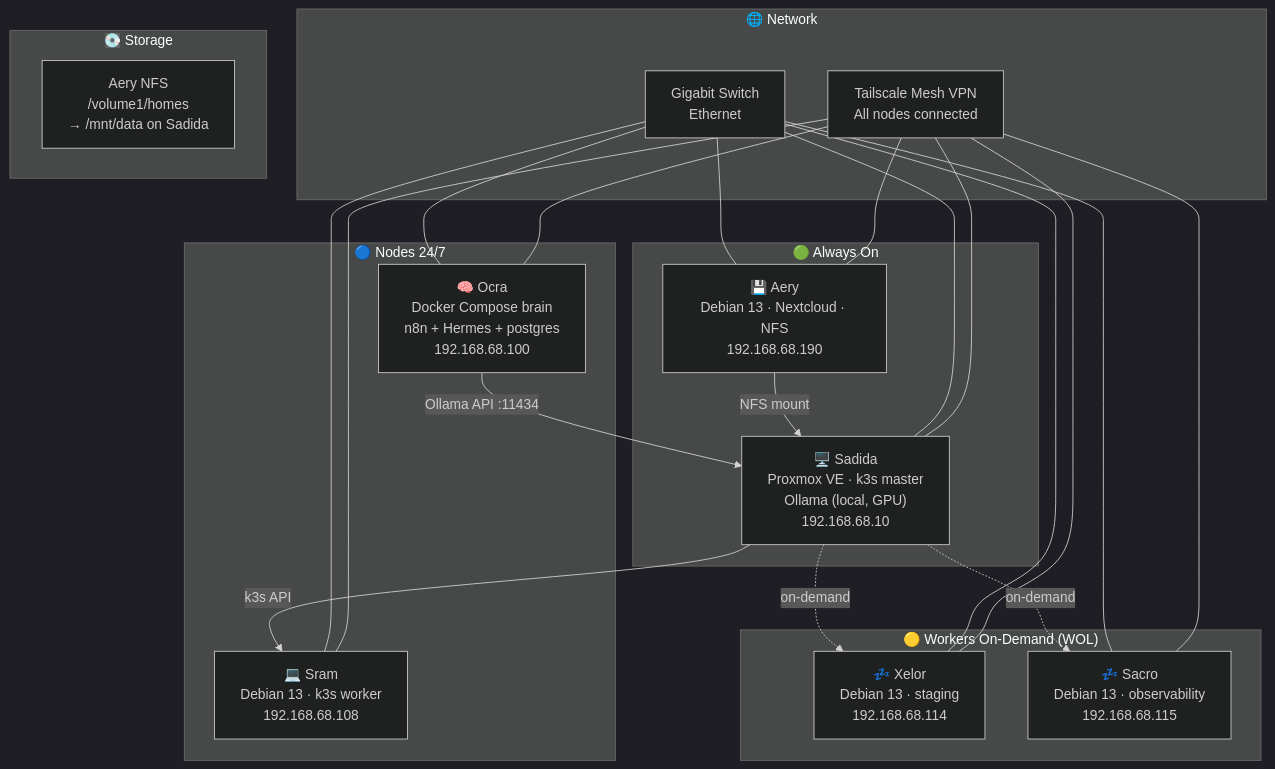
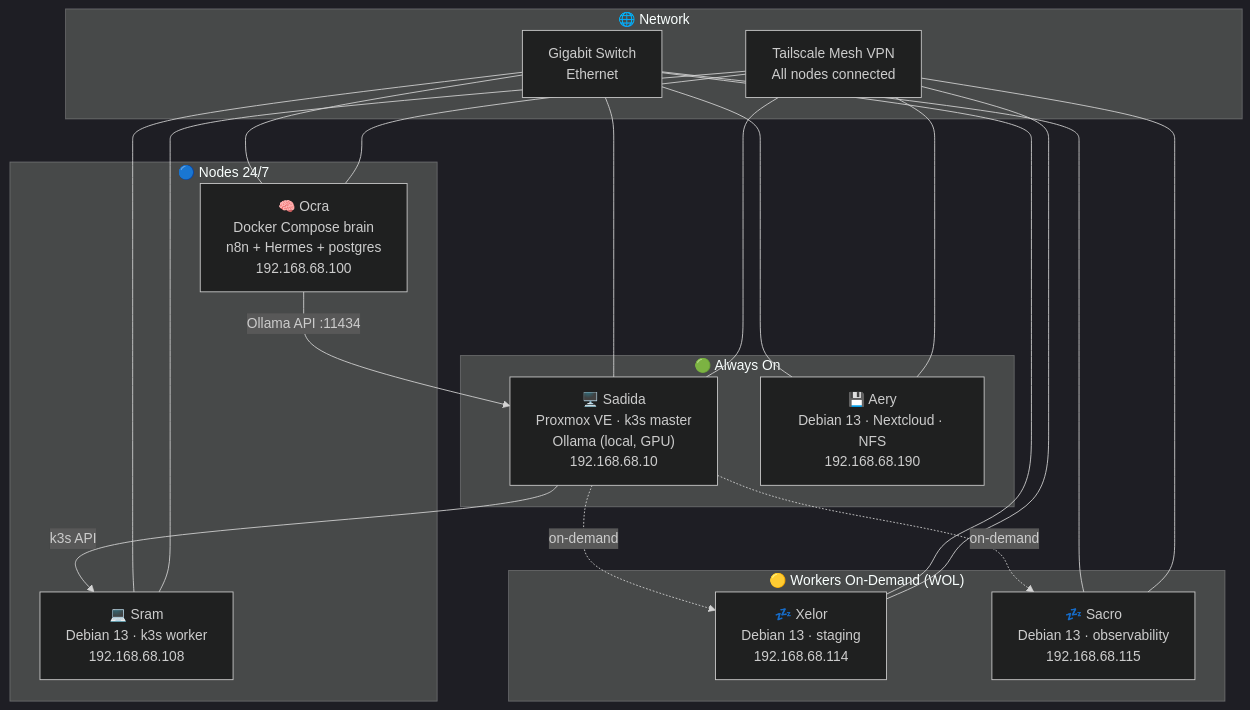
One commit to SethSterling22/HomeLab_Architecture changed the first of 4 diagrams in README.md. Above: the diagram before and after it, drawn with Mermaid (dark theme). The commit also changed other lines of this file and 3 other files, not shown here.

````diff
--- a/README.md
+++ b/README.md
@@ -129,46 +129,41 @@
 ```mermaid
 graph TB
     subgraph always_on["🟢 Always On"]
         SADIDA["🖥️ Sadida\nProxmox VE · k3s master\nOllama (local, GPU)\n192.168.68.10"]
         AERY["💾 Aery\nDebian 13 · Nextcloud · NFS\n192.168.68.190"]
     end
 
     subgraph workers_24["🔵 Nodes 24/7"]
         OCRA["🧠 Ocra\nDocker Compose brain\nn8n + Hermes + postgres\n192.168.68.100"]
         SRAM["💻 Sram\nDebian 13 · k3s worker\n192.168.68.108"]
     end
 
     subgraph workers_od["🟡 Workers On-Demand (WOL)"]
         XELOR["💤 Xelor\nDebian 13 · staging\n192.168.68.114"]
         SACRO["💤 Sacro\nDebian 13 · observability\n192.168.68.115"]
     end
 
     subgraph network["🌐 Network"]
         SWITCH["Gigabit Switch\nEthernet"]
         TAILSCALE["Tailscale Mesh VPN\nAll nodes connected"]
     end
 
-    subgraph storage["💽 Storage"]
-        NFS["Aery NFS\n/volume1/homes\n→ /mnt/data on Sadida"]
-    end
-
     OCRA -->|Ollama API :11434| SADIDA
     SADIDA -->|k3s API| SRAM
     SADIDA -.->|on-demand| XELOR
     SADIDA -.->|on-demand| SACRO
-    AERY -->|NFS mount| SADIDA
 
     SWITCH --- SADIDA
     SWITCH --- AERY
     SWITCH --- SRAM
     SWITCH --- OCRA
     SWITCH --- XELOR
     SWITCH --- SACRO
 
     TAILSCALE --- SADIDA
     TAILSCALE --- SRAM
     TAILSCALE --- OCRA
     TAILSCALE --- XELOR
     TAILSCALE --- SACRO
     TAILSCALE --- AERY
 ```
````
